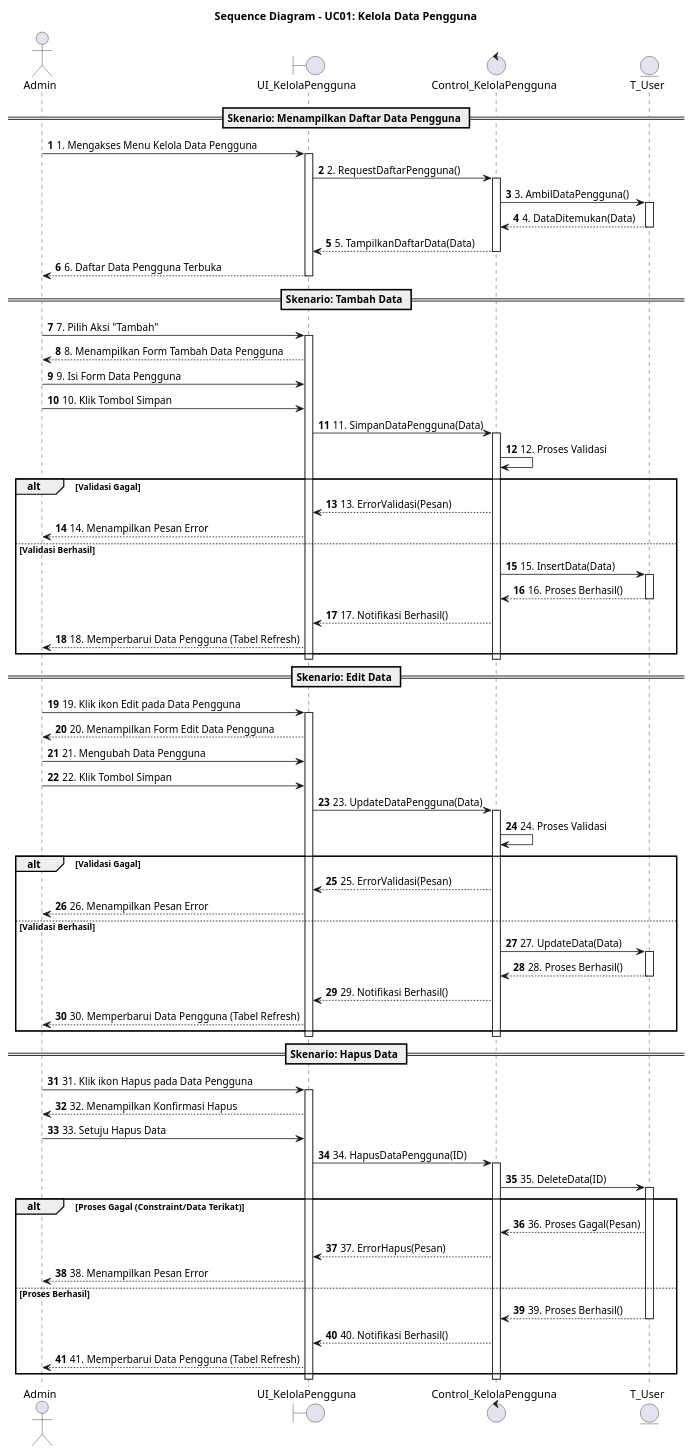
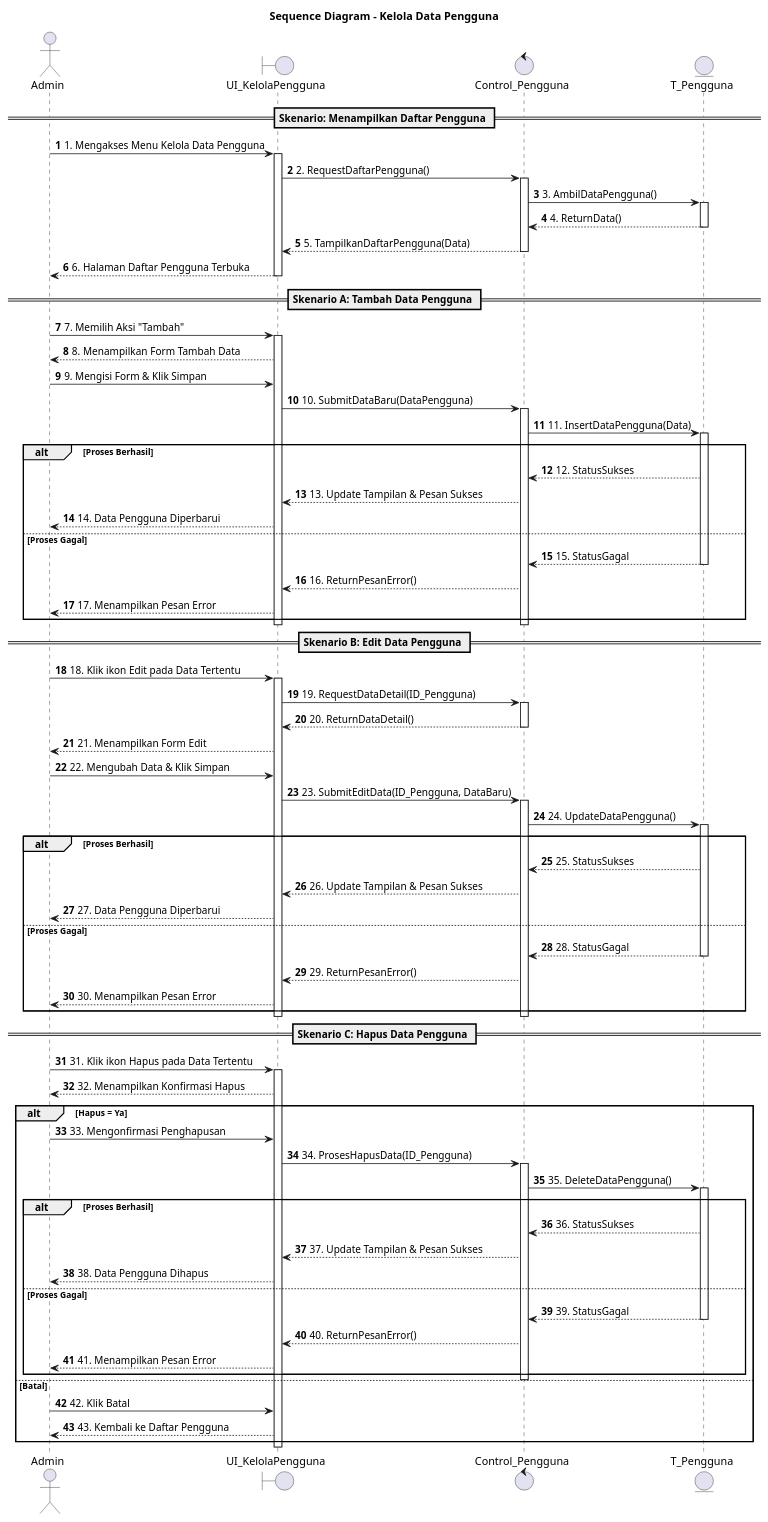
Before and after one commit to shendelzare7sw/sipaduhok: the diagram in docs/flow/sequence-kelola-data-pengguna.puml, drawn with PlantUML. The commit also changed 66 other files, not shown here.

```diff
--- a/docs/flow/sequence-kelola-data-pengguna.puml
+++ b/docs/flow/sequence-kelola-data-pengguna.puml
@@ -1,105 +1,102 @@
 @startuml
-title Sequence Diagram - UC01: Kelola Data Pengguna
+title Sequence Diagram - Kelola Data Pengguna
 autonumber
 
 actor "Admin" as Admin
 boundary "UI_KelolaPengguna" as UI
-control "Control_KelolaPengguna" as Control
-entity "T_User" as Entity
+control "Control_Pengguna" as Control
+entity "T_Pengguna" as E_Pengguna
 
-== Skenario: Menampilkan Daftar Data Pengguna ==
-
+== Skenario: Menampilkan Daftar Pengguna ==
 Admin -> UI : 1. Mengakses Menu Kelola Data Pengguna
 activate UI
 UI -> Control : 2. RequestDaftarPengguna()
 activate Control
-Control -> Entity : 3. AmbilDataPengguna()
-activate Entity
-Entity --> Control : 4. DataDitemukan(Data)
-deactivate Entity
-Control --> UI : 5. TampilkanDaftarData(Data)
+Control -> E_Pengguna : 3. AmbilDataPengguna()
+activate E_Pengguna
+E_Pengguna --> Control : 4. ReturnData()
+deactivate E_Pengguna
+Control --> UI : 5. TampilkanDaftarPengguna(Data)
 deactivate Control
-UI --> Admin : 6. Daftar Data Pengguna Terbuka
+UI --> Admin : 6. Halaman Daftar Pengguna Terbuka
 deactivate UI
 
-== Skenario: Tambah Data ==
+== Skenario A: Tambah Data Pengguna ==
+Admin -> UI : 7. Memilih Aksi "Tambah"
+activate UI
+UI --> Admin : 8. Menampilkan Form Tambah Data
+Admin -> UI : 9. Mengisi Form & Klik Simpan
+UI -> Control : 10. SubmitDataBaru(DataPengguna)
+activate Control
+Control -> E_Pengguna : 11. InsertDataPengguna(Data)
+activate E_Pengguna
 
-Admin -> UI : 7. Pilih Aksi "Tambah"
-activate UI
-UI --> Admin : 8. Menampilkan Form Tambah Data Pengguna
-
-Admin -> UI : 9. Isi Form Data Pengguna
-Admin -> UI : 10. Klik Tombol Simpan
-UI -> Control : 11. SimpanDataPengguna(Data)
-activate Control
-
-Control -> Control : 12. Proses Validasi
-alt Validasi Gagal
-    Control --> UI : 13. ErrorValidasi(Pesan)
-    UI --> Admin : 14. Menampilkan Pesan Error
-else Validasi Berhasil
-    Control -> Entity : 15. InsertData(Data)
-    activate Entity
-    Entity --> Control : 16. Proses Berhasil()
-    deactivate Entity
-    
-    Control --> UI : 17. Notifikasi Berhasil()
-    UI --> Admin : 18. Memperbarui Data Pengguna (Tabel Refresh)
+alt Proses Berhasil
+    E_Pengguna --> Control : 12. StatusSukses
+    Control --> UI : 13. Update Tampilan & Pesan Sukses
+    UI --> Admin : 14. Data Pengguna Diperbarui
+else Proses Gagal
+    E_Pengguna --> Control : 15. StatusGagal
+    deactivate E_Pengguna
+    Control --> UI : 16. ReturnPesanError()
+    UI --> Admin : 17. Menampilkan Pesan Error
 end
 deactivate Control
 deactivate UI
 
-== Skenario: Edit Data ==
+== Skenario B: Edit Data Pengguna ==
+Admin -> UI : 18. Klik ikon Edit pada Data Tertentu
+activate UI
+UI -> Control : 19. RequestDataDetail(ID_Pengguna)
+activate Control
+Control --> UI : 20. ReturnDataDetail()
+deactivate Control
+UI --> Admin : 21. Menampilkan Form Edit
+Admin -> UI : 22. Mengubah Data & Klik Simpan
+UI -> Control : 23. SubmitEditData(ID_Pengguna, DataBaru)
+activate Control
+Control -> E_Pengguna : 24. UpdateDataPengguna()
+activate E_Pengguna
 
-Admin -> UI : 19. Klik ikon Edit pada Data Pengguna
-activate UI
-UI --> Admin : 20. Menampilkan Form Edit Data Pengguna
-
-Admin -> UI : 21. Mengubah Data Pengguna
-Admin -> UI : 22. Klik Tombol Simpan
-UI -> Control : 23. UpdateDataPengguna(Data)
-activate Control
-
-Control -> Control : 24. Proses Validasi
-alt Validasi Gagal
-    Control --> UI : 25. ErrorValidasi(Pesan)
-    UI --> Admin : 26. Menampilkan Pesan Error
-else Validasi Berhasil
-    Control -> Entity : 27. UpdateData(Data)
-    activate Entity
-    Entity --> Control : 28. Proses Berhasil()
-    deactivate Entity
-    
-    Control --> UI : 29. Notifikasi Berhasil()
-    UI --> Admin : 30. Memperbarui Data Pengguna (Tabel Refresh)
+alt Proses Berhasil
+    E_Pengguna --> Control : 25. StatusSukses
+    Control --> UI : 26. Update Tampilan & Pesan Sukses
+    UI --> Admin : 27. Data Pengguna Diperbarui
+else Proses Gagal
+    E_Pengguna --> Control : 28. StatusGagal
+    deactivate E_Pengguna
+    Control --> UI : 29. ReturnPesanError()
+    UI --> Admin : 30. Menampilkan Pesan Error
 end
 deactivate Control
 deactivate UI
 
-== Skenario: Hapus Data ==
-
-Admin -> UI : 31. Klik ikon Hapus pada Data Pengguna
+== Skenario C: Hapus Data Pengguna ==
+Admin -> UI : 31. Klik ikon Hapus pada Data Tertentu
 activate UI
 UI --> Admin : 32. Menampilkan Konfirmasi Hapus
-
-Admin -> UI : 33. Setuju Hapus Data
-UI -> Control : 34. HapusDataPengguna(ID)
-activate Control
-
-Control -> Entity : 35. DeleteData(ID)
-activate Entity
-
-alt Proses Gagal (Constraint/Data Terikat)
-    Entity --> Control : 36. Proses Gagal(Pesan)
-    Control --> UI : 37. ErrorHapus(Pesan)
-    UI --> Admin : 38. Menampilkan Pesan Error
-else Proses Berhasil
-    Entity --> Control : 39. Proses Berhasil()
-    deactivate Entity
-    Control --> UI : 40. Notifikasi Berhasil()
-    UI --> Admin : 41. Memperbarui Data Pengguna (Tabel Refresh)
+alt Hapus = Ya
+    Admin -> UI : 33. Mengonfirmasi Penghapusan
+    UI -> Control : 34. ProsesHapusData(ID_Pengguna)
+    activate Control
+    Control -> E_Pengguna : 35. DeleteDataPengguna()
+    activate E_Pengguna
+    
+    alt Proses Berhasil
+        E_Pengguna --> Control : 36. StatusSukses
+        Control --> UI : 37. Update Tampilan & Pesan Sukses
+        UI --> Admin : 38. Data Pengguna Dihapus
+    else Proses Gagal
+        E_Pengguna --> Control : 39. StatusGagal
+        deactivate E_Pengguna
+        Control --> UI : 40. ReturnPesanError()
+        UI --> Admin : 41. Menampilkan Pesan Error
+    end
+    deactivate Control
+else Batal
+    Admin -> UI : 42. Klik Batal
+    UI --> Admin : 43. Kembali ke Daftar Pengguna
 end
-deactivate Control
 deactivate UI
 
 @enduml
```
